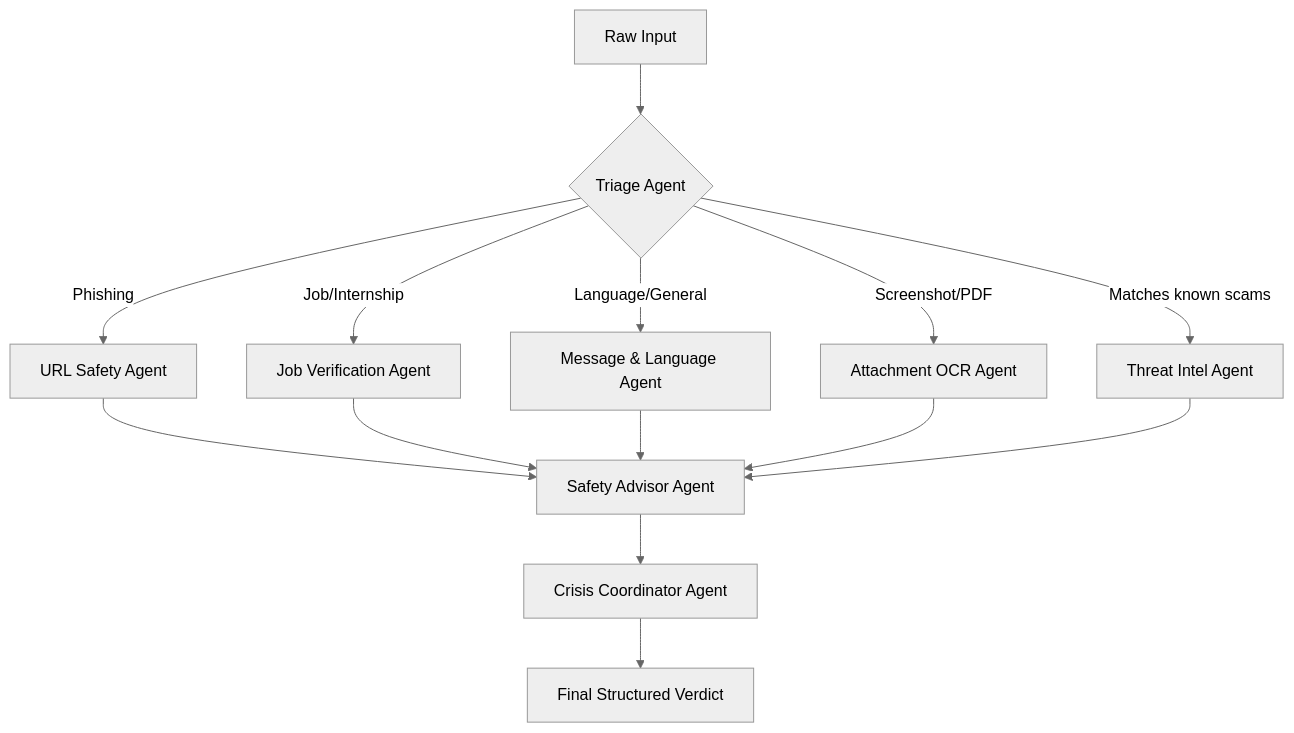
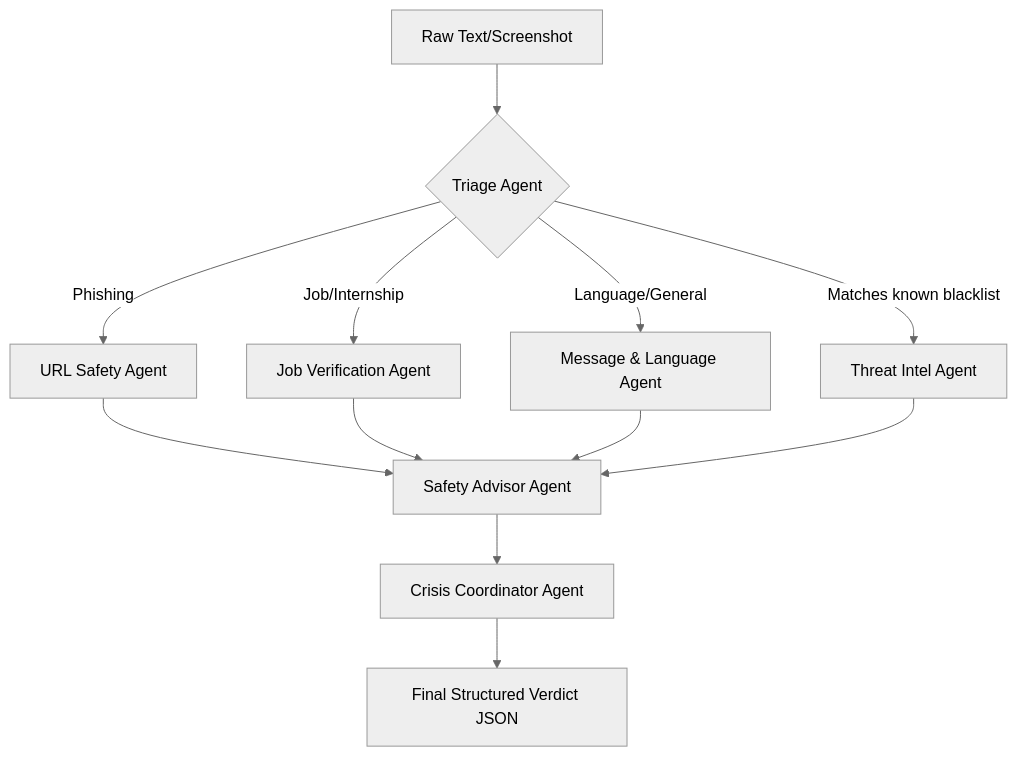
The second of 2 diagrams in README.md (shaillybhardwaj123/cybershield-ai), drawn with Mermaid (neutral theme) before and after one commit. The commit also changed other lines of this file, not shown here.

````diff
--- a/README.md
+++ b/README.md
@@ -69,18 +81,16 @@
 ```mermaid
 graph TD
-    Input[Raw Input] --> Triage{Triage Agent}
+    Input[Raw Text/Screenshot] --> Triage{Triage Agent}
     Triage -->|Phishing| URL[URL Safety Agent]
     Triage -->|Job/Internship| Job[Job Verification Agent]
     Triage -->|Language/General| Msg[Message & Language Agent]
-    Triage -->|Screenshot/PDF| Attach[Attachment OCR Agent]
-    Triage -->|Matches known scams| Intel[Threat Intel Agent]
+    Triage -->|Matches known blacklist| Intel[Threat Intel Agent]
     
     URL --> Advisor[Safety Advisor Agent]
     Job --> Advisor
     Msg --> Advisor
-    Attach --> Advisor
     Intel --> Advisor
     
     Advisor --> Coordinator[Crisis Coordinator Agent]
-    Coordinator --> Output[Final Structured Verdict]
+    Coordinator --> Output[Final Structured Verdict JSON]
 ```
````
